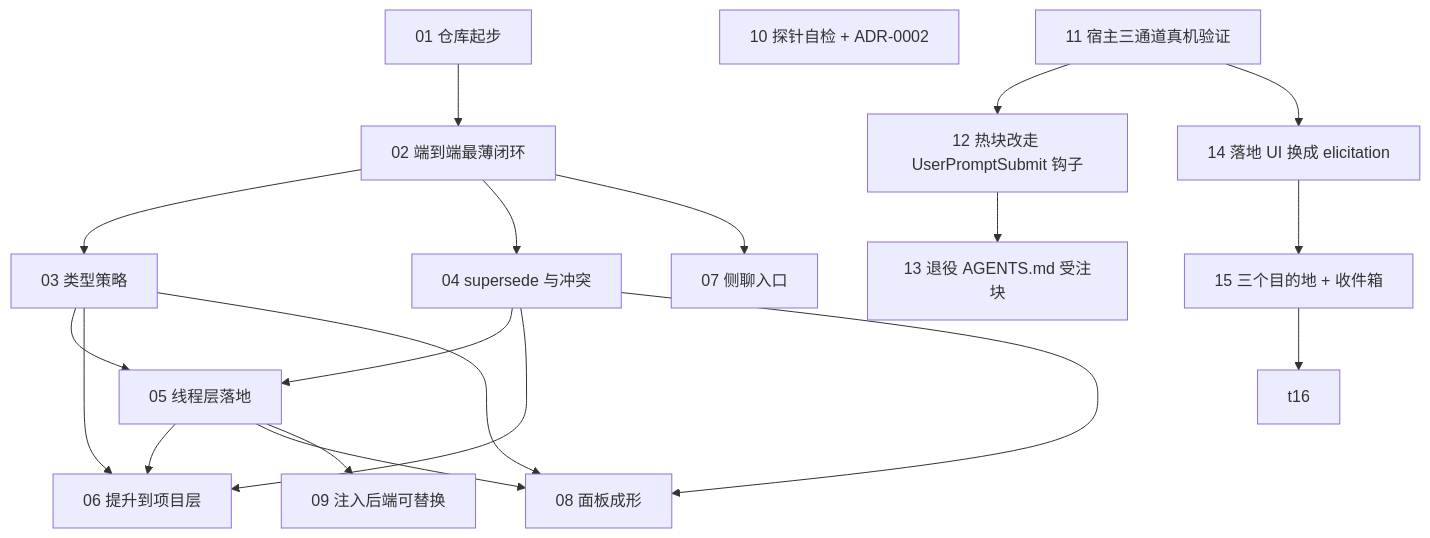
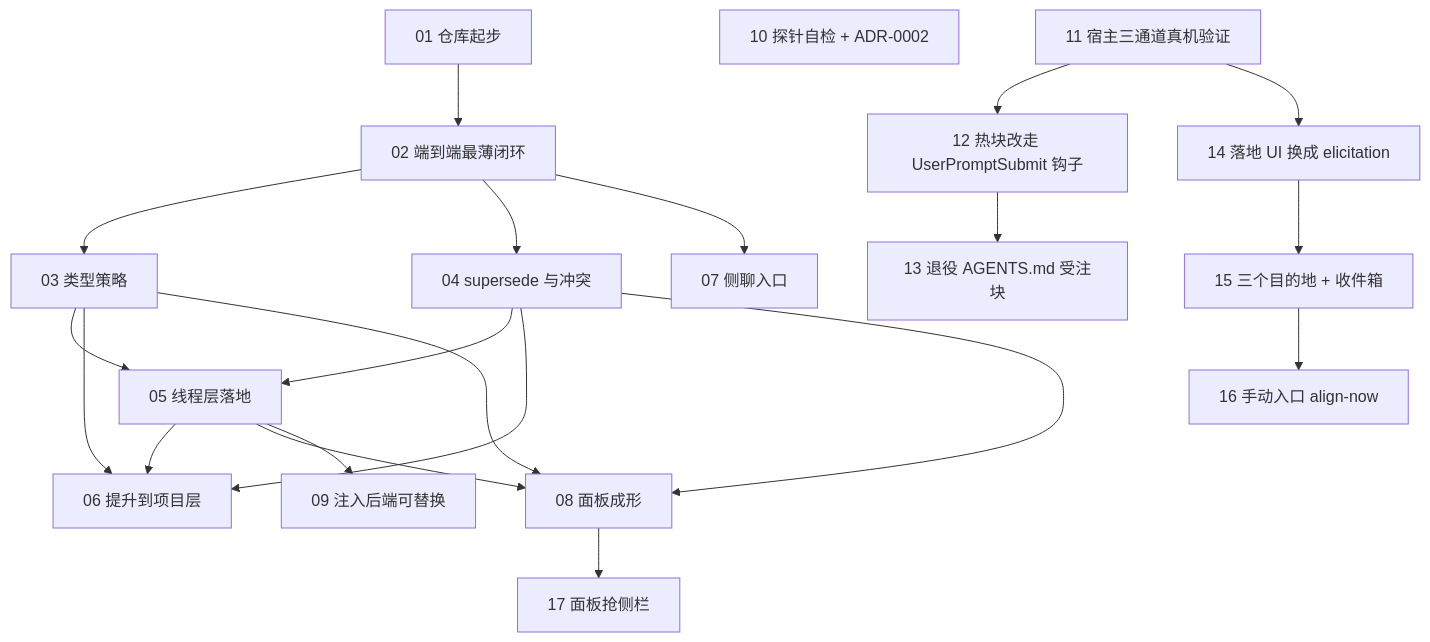
One commit to PageIV/align changed the diagram in .scratch/align/graph.md. Above: the diagram before and after it, drawn with Mermaid. The commit also changed other lines of this file and 18 other files, not shown here.

````diff
--- a/.scratch/align/graph.md
+++ b/.scratch/align/graph.md
@@ -7,37 +7,40 @@
 ```mermaid
 flowchart TD
   t01["01 仓库起步"]
   t02["02 端到端最薄闭环"]
   t03["03 类型策略"]
   t04["04 supersede 与冲突"]
   t05["05 线程层落地"]
   t06["06 提升到项目层"]
   t07["07 侧聊入口"]
   t08["08 面板成形"]
   t09["09 注入后端可替换"]
   t10["10 探针自检 + ADR-0002"]
   t11["11 宿主三通道真机验证"]
   t12["12 热块改走 UserPromptSubmit 钩子"]
   t13["13 退役 AGENTS.md 受注块"]
   t14["14 落地 UI 换成 elicitation"]
   t15["15 三个目的地 + 收件箱"]
+  t16["16 手动入口 align-now"]
+  t17["17 面板抢侧栏"]
 
   t01 --> t02
   t02 --> t03
   t02 --> t04
   t02 --> t07
   t03 --> t05
   t04 --> t05
   t03 --> t06
   t04 --> t06
   t05 --> t06
   t03 --> t08
   t04 --> t08
   t05 --> t08
   t05 --> t09
   t11 --> t12
   t12 --> t13
   t11 --> t14
   t14 --> t15
   t15 --> t16
+  t08 --> t17
 ```
````
